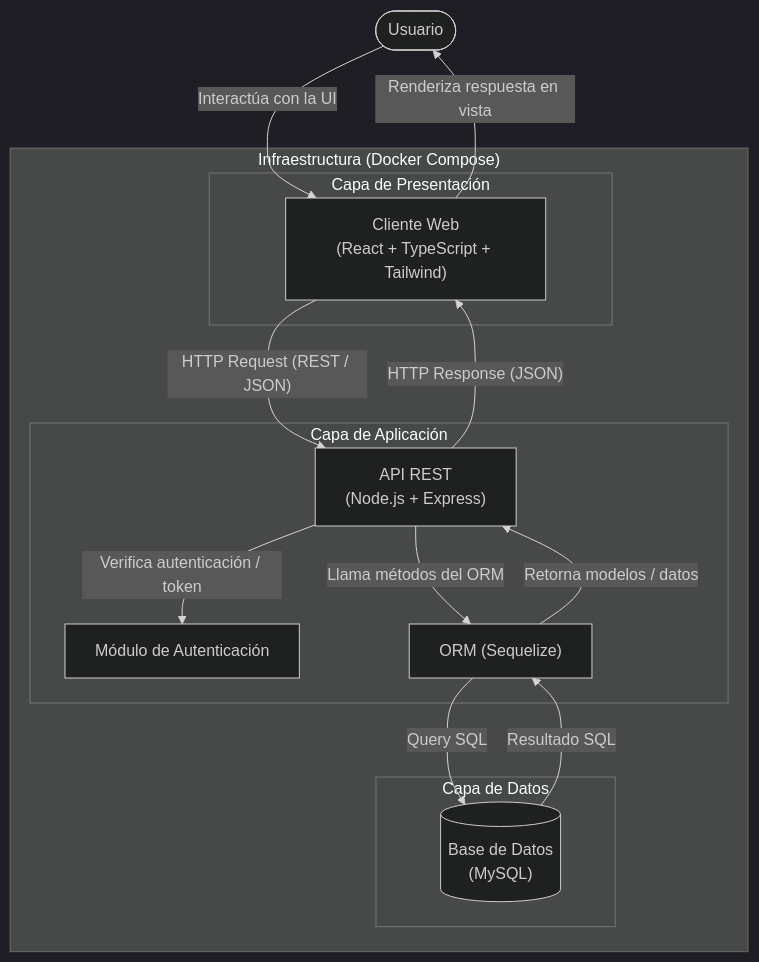
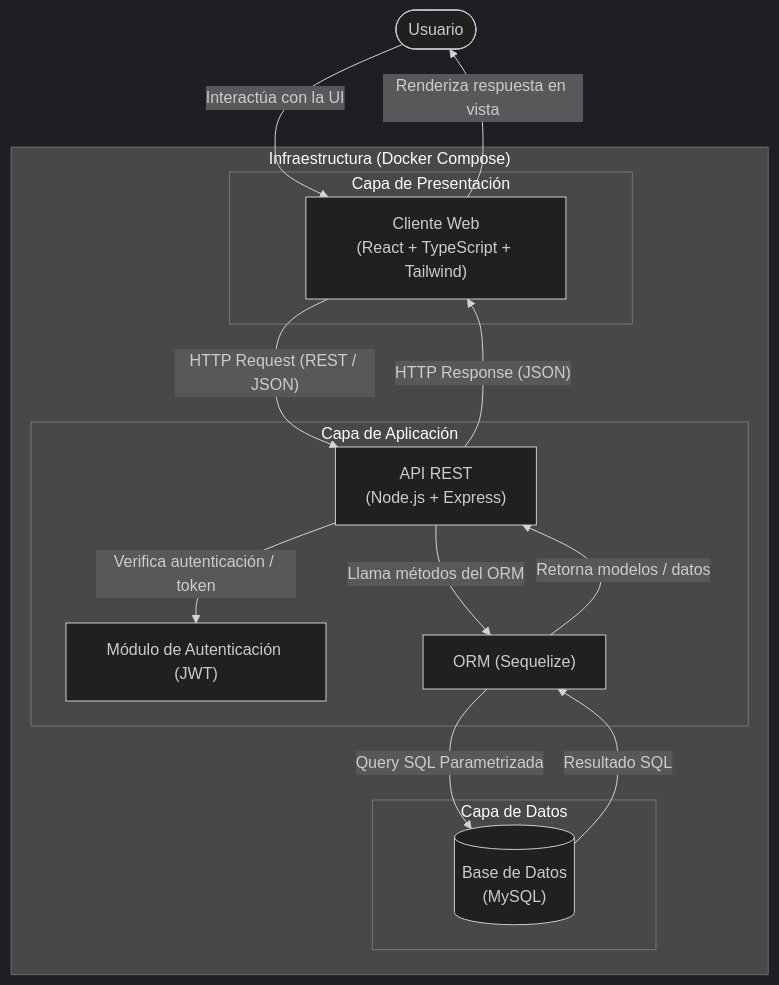
Before and after one commit to SEBASTIANTORRESL0K1/ecocampus: the first of 3 diagrams in docs/arquitectura.md, drawn with Mermaid (dark theme). The commit also changed other lines of this file, not shown here.

````diff
--- a/docs/arquitectura.md
+++ b/docs/arquitectura.md
@@ -23,30 +60,30 @@
 ```mermaid
 graph TD
     Usuario(["Usuario"])
 
     subgraph Infraestructura ["Infraestructura (Docker Compose)"]
         subgraph CapaPresentacion ["Capa de Presentación"]
             Frontend["Cliente Web<br/>(React + TypeScript + Tailwind)"]
         end
 
         subgraph CapaAplicacion ["Capa de Aplicación"]
             Backend["API REST<br/>(Node.js + Express)"]
-            Auth["Módulo de Autenticación"]
+            Auth["Módulo de Autenticación (JWT)"]
             Sequelize["ORM (Sequelize)"]
         end
 
         subgraph CapaDatos ["Capa de Datos"]
             MySQL[("Base de Datos<br/>(MySQL)")]
         end
     end
 
     Usuario -->|"Interactúa con la UI"| Frontend
     Frontend -->|"HTTP Request (REST / JSON)"| Backend
     Backend -->|"Verifica autenticación / token"| Auth
     Backend -->|"Llama métodos del ORM"| Sequelize
-    Sequelize -->|"Query SQL"| MySQL
+    Sequelize -->|"Query SQL Parametrizada"| MySQL
     MySQL -->|"Resultado SQL"| Sequelize
     Sequelize -->|"Retorna modelos / datos"| Backend
     Backend -->|"HTTP Response (JSON)"| Frontend
     Frontend -->|"Renderiza respuesta en vista"| Usuario
 ```
````
